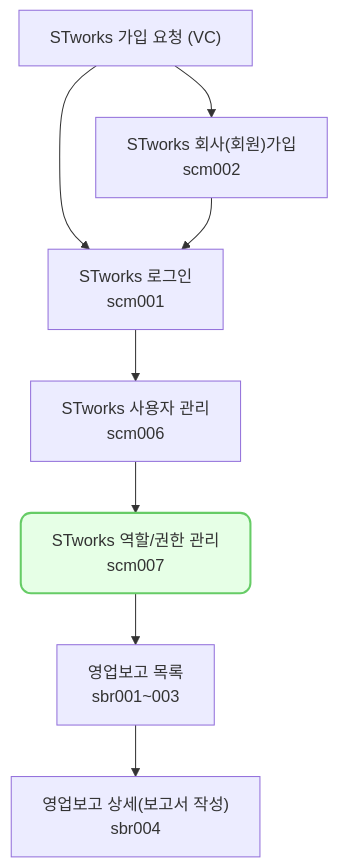
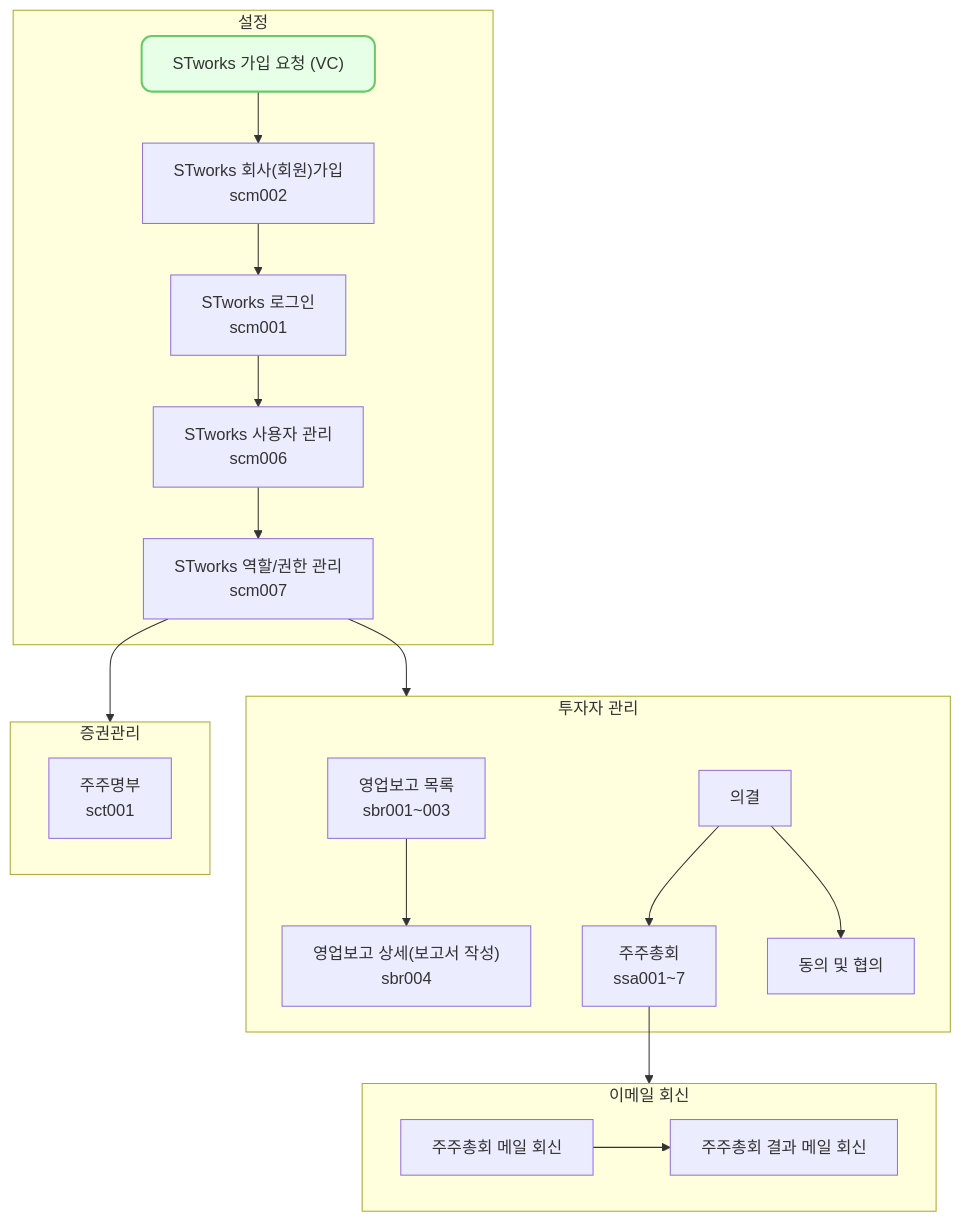
Before and after one commit to ddock-ddock/stworks.github.io: the diagram in _posts/2024-09-04-scm007.md, drawn with Mermaid. The commit also changed other lines of this file and 6 other files, not shown here.

````diff
--- a/_posts/2024-09-04-scm007.md
+++ b/_posts/2024-09-04-scm007.md
@@ -94,27 +94,61 @@
 ```mermaid
 flowchart TD
-    n1["STworks 가입 요청 (VC)"]
-    n2["STworks 회사(회원)가입<br>scm002"]
-    n3["STworks 로그인<br>scm001"]
-    n4["STworks 사용자 관리<br>scm006"]
-    n5["STworks 역할/권한 관리<br>scm007"]
-    n6["영업보고 목록<br>sbr001~003"]
-    n7["영업보고 상세(보고서 작성)<br>sbr004"]
-    
-    n1 --> n2
-    n1 --> n3
-    n2 --> n3
-    n3 --> n4
-    n4 --> n5
-    n5 --> n6
-    n6 --> n7
 
-    click n2 "{% post_url 2024-09-01-scm002 %}" " "
-    click n3 "{% post_url 2024-09-02-scm001 %}" " "
-    click n4 "{% post_url 2024-09-03-scm006 %}" " "
-    click n5 "{% post_url 2024-09-04-scm007 %}" " "
-    click n6 "{% post_url 2024-09-05-sbr001 %}" " "
-    click n7 "{% post_url 2024-09-06-sbr004 %}" " "
+subgraph s1["설정"]
+    n1["STworks 가입 요청 (VC)"]
+    n2["STworks 회사(회원)가입<br>scm002"]
+    n3["STworks 로그인<br>scm001"]
+    n4["STworks 사용자 관리<br>scm006"]
+    n5["STworks 역할/권한 관리<br>scm007"]
+end
 
-    style n5 fill:#e6ffe6,stroke:#66cc66,stroke-width:2px,rx:10,ry:10,color:#333333,fontColor:#333333
+  
+
+subgraph s2["투자자 관리"]
+    n6["영업보고 목록<br>sbr001~003"]
+    n7["영업보고 상세(보고서 작성)<br>sbr004"]
+    n9["의결"]
+    n10["주주총회<br>ssa001~7"]
+    n11["동의 및 협의"]
+end
+
+  
+
+subgraph s3["증권관리"]
+    n8["주주명부<br>sct001"]
+end
+
+  
+
+subgraph s4["이메일 회신"]
+    n12["주주총회 메일 회신"]
+    n13["주주총회 결과 메일 회신"]
+end
+
+
+    n1 --> n2
+    n2 --> n3
+    n3 --> n4
+    n4 --> n5
+    n5 --> s2 & s3
+    n6 --> n7
+    n9 --> n10 & n11
+    n10 --> s4
+    n12 --> n13
+
+  
+  
+
+    style n1 fill:#e6ffe6,stroke:#66cc66,stroke-width:2px,rx:10,ry:10,color:#333333,fontColor:#333333
+
+    click n2 "{% post_url 2024-09-01-scm002 %}"
+    click n3 "{% post_url 2024-09-02-scm001 %}"
+    click n4 "{% post_url 2024-09-03-scm006 %}"
+    click n5 "{% post_url 2024-09-04-scm007 %}"
+    click n6 "{% post_url 2024-09-05-sbr001 %}"
+    click n7 "{% post_url 2024-09-06-sbr004 %}"
+    click n8 "{% post_url 2024-09-07-sct001 %}"
+    click n10 "{% post_url 2024-09-08-ssa001~7 %}"
+    click n12 "{% post_url 2024-09-09-sie002 %}"
+    click n13 "{% post_url 2024-09-10-sie003 %}"
 ```
````
